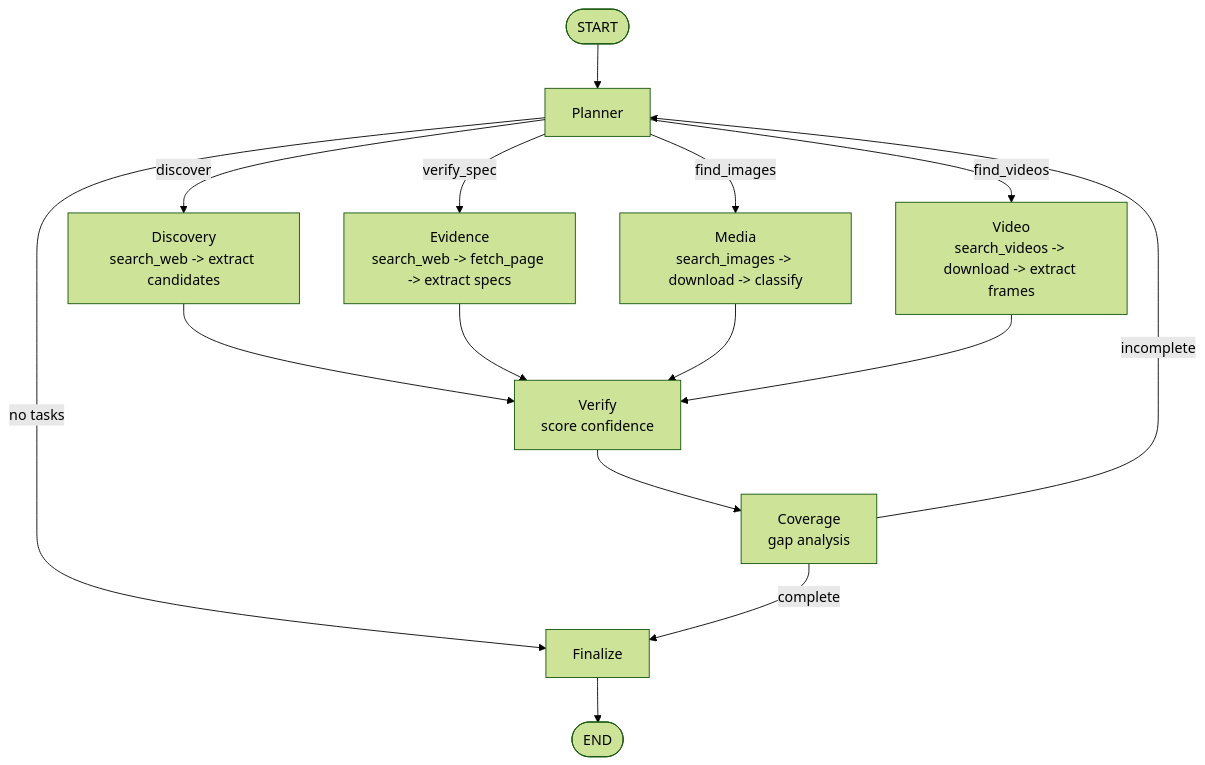
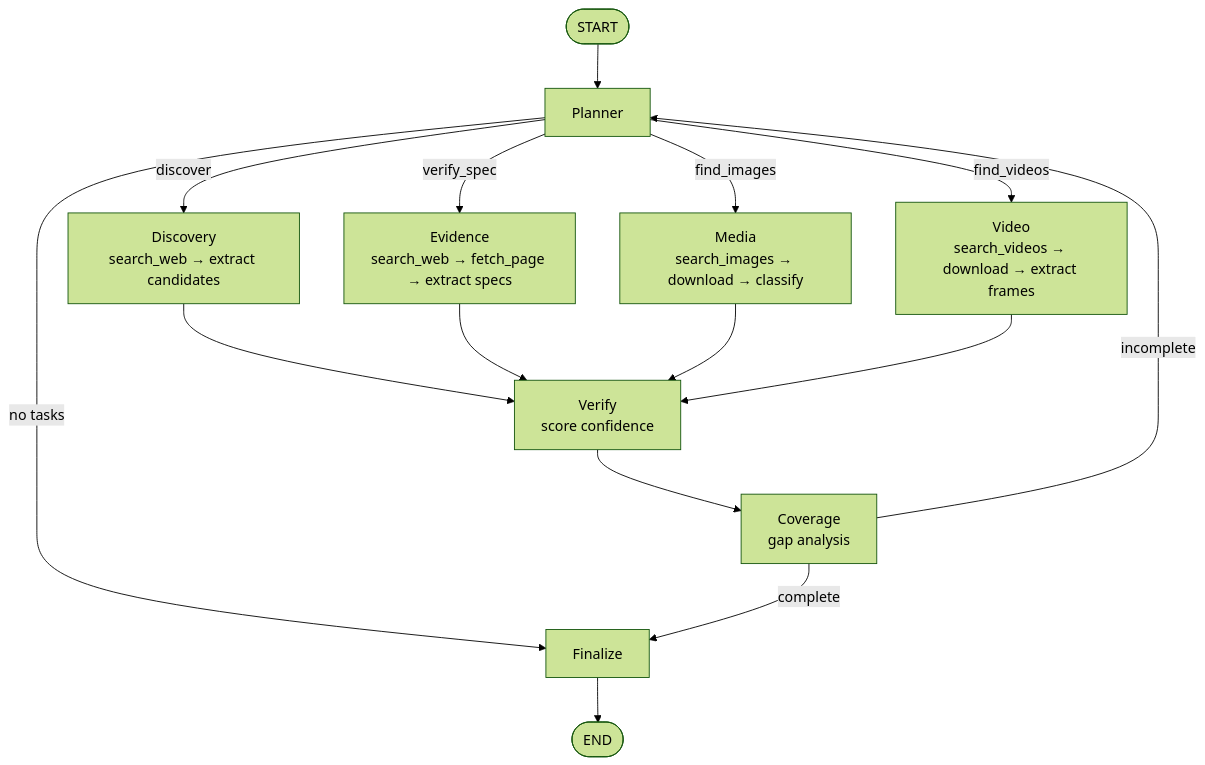
Before and after one commit to Purushothaman-natarajan/scrap_snaps: the third of 3 diagrams in README.md, drawn with Mermaid (forest theme). The commit also changed other lines of this file, not shown here.

First line of the commit message:
docs: overhaul README with data flow diagrams and improved structure

````diff
--- a/README.md
+++ b/README.md
@@ -26,22 +122,22 @@
 ```mermaid
 flowchart TD
     Start(["START"]) --> PLANNER["Planner"]
 
-    PLANNER -- "discover" --> DISCOVER["Discovery\nsearch_web -> extract candidates"]
-    PLANNER -- "verify_spec" --> EVIDENCE["Evidence\nsearch_web -> fetch_page -> extract specs"]
-    PLANNER -- "find_images" --> MEDIA_COLLECTOR["Media\nsearch_images -> download -> classify"]
-    PLANNER -- "find_videos" --> VIDEO_EXTRACTOR["Video\nsearch_videos -> download -> extract frames"]
+    PLANNER -- "discover" --> DISCOVER["Discovery\nsearch_web → extract candidates"]
+    PLANNER -- "verify_spec" --> EVIDENCE["Evidence\nsearch_web → fetch_page → extract specs"]
+    PLANNER -- "find_images" --> MEDIA["Media\nsearch_images → download → classify"]
+    PLANNER -- "find_videos" --> VIDEO["Video\nsearch_videos → download → extract frames"]
     PLANNER -- "no tasks" --> FINALIZE["Finalize"]
 
     DISCOVER --> VERIFY
     EVIDENCE --> VERIFY
-    MEDIA_COLLECTOR --> VERIFY
-    VIDEO_EXTRACTOR --> VERIFY
+    MEDIA --> VERIFY
+    VIDEO --> VERIFY
 
     VERIFY["Verify\nscore confidence"] --> COVERAGE["Coverage\ngap analysis"]
 
     COVERAGE -- "incomplete" --> PLANNER
     COVERAGE -- "complete" --> FINALIZE
 
     FINALIZE --> End(["END"])
 ```
````
